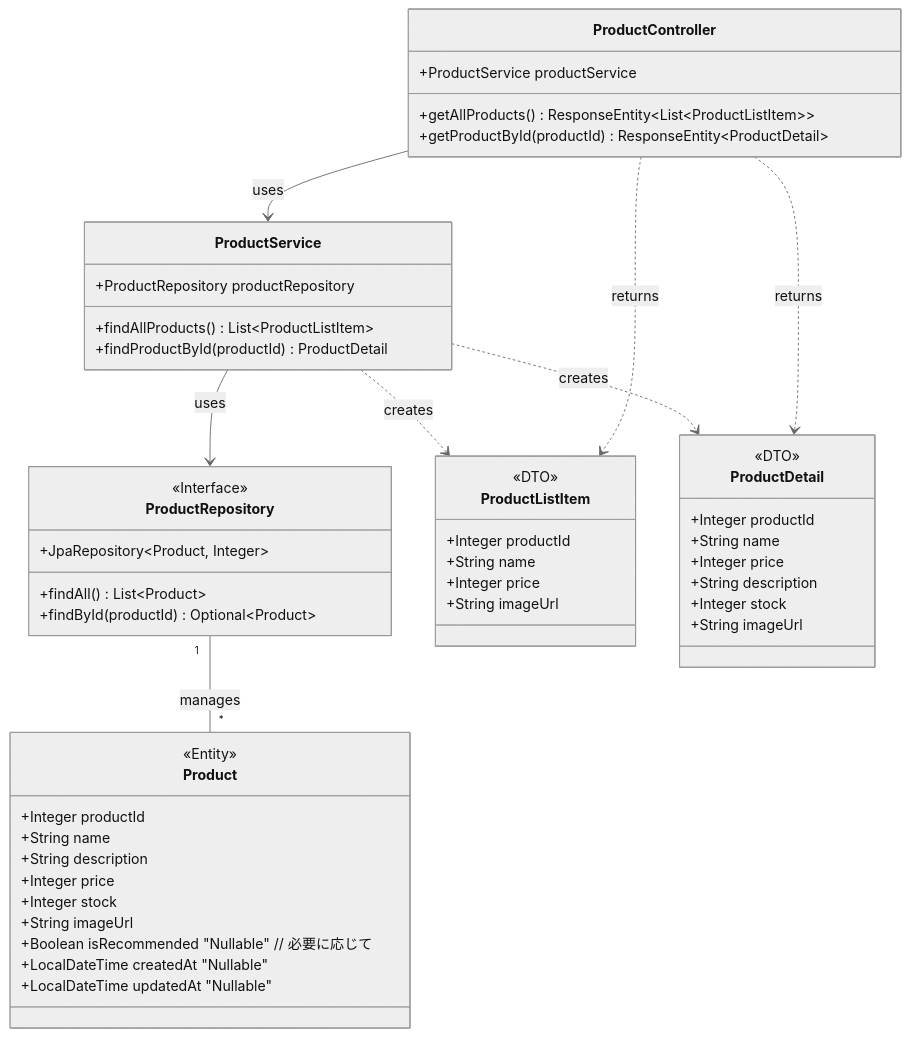
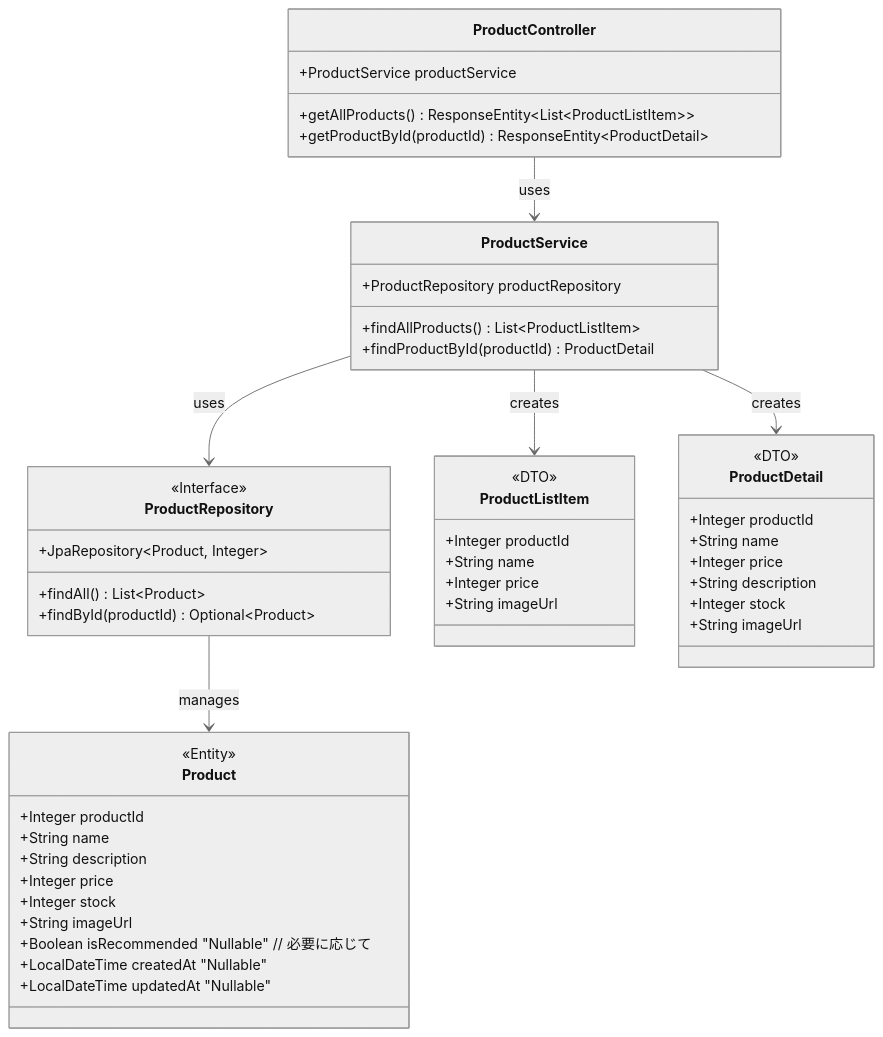
Diagram 14 of 18 in 詳細設計/詳細設計書.md (natsumiumeda/Jobs), drawn with Mermaid (neutral theme) before and after one commit. The commit also changed other lines of this file, not shown here.

```diff
--- a/詳細設計/詳細設計書.md
+++ b/詳細設計/詳細設計書.md
@@ -697,55 +638,65 @@
 <div class="mermaid">
 classDiagram
+    %% Controller
     class ProductController {
         +ProductService productService
         +getAllProducts() ResponseEntity~List~ProductListItem~~
         +getProductById(productId) ResponseEntity~ProductDetail~
     }
+
+    %% Service
     class ProductService {
         +ProductRepository productRepository
         +findAllProducts() List~ProductListItem~
         +findProductById(productId) ProductDetail
     }
+
+    %% Repository
     class ProductRepository {
         <<Interface>>
         +JpaRepository~Product, Integer~
         +findAll() List~Product~
         +findById(productId) Optional~Product~
     }
+
+    %% Entity
     class Product {
         <<Entity>>
         +Integer productId
         +String name
         +String description
         +Integer price
         +Integer stock
         +String imageUrl
         +Boolean isRecommended "Nullable" // 必要に応じて
         +LocalDateTime createdAt "Nullable"
         +LocalDateTime updatedAt "Nullable"
     }
+
+    %% DTO
     class ProductListItem {
         <<DTO>>
         +Integer productId
         +String name
         +Integer price
         +String imageUrl
     }
+
     class ProductDetail {
         <<DTO>>
         +Integer productId
         +String name
         +Integer price
         +String description
         +Integer stock
         +String imageUrl
     }
 
+    %% 関係
     ProductController --> ProductService : uses
     ProductService --> ProductRepository : uses
-    ProductRepository "1" -- "*" Product : manages
-    ProductService ..> ProductListItem : creates
-    ProductService ..> ProductDetail : creates
-    ProductController ..> ProductListItem : returns
-    ProductController ..> ProductDetail : returns
+    ProductRepository --> Product : manages
+    ProductService --> ProductListItem : creates
+    ProductService --> ProductDetail : creates
+
 </div>
```
